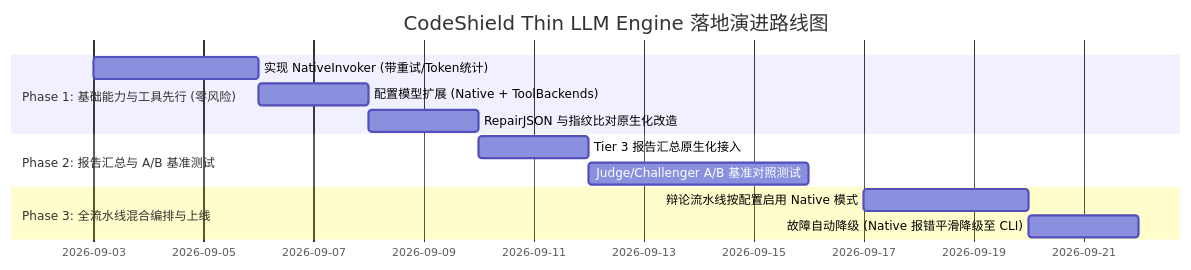
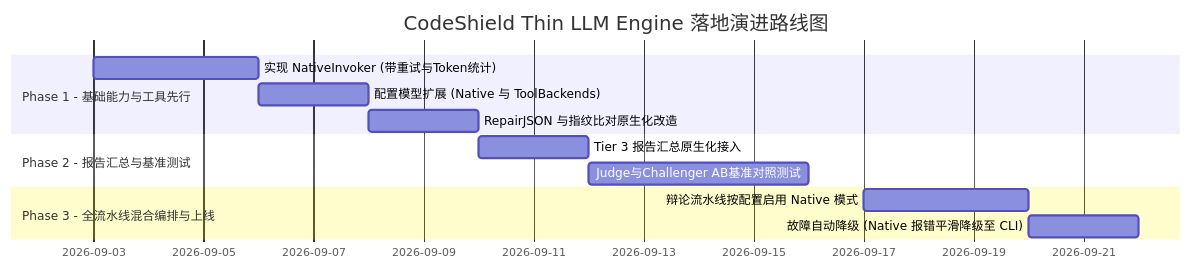
The fifth of 5 diagrams in docs/native-llm-architecture/01-CodeShield-原生LLM轻量执行引擎与混合调用架构设计.md (fugui/code-shield), drawn with Mermaid before and after one commit. The commit also changed other lines of this file, not shown here.

Commit message:
fix(docs): 修复设计文档中 Mermaid 图表节点特殊字符引发的语法解析错误

````diff
--- a/docs/native-llm-architecture/01-CodeShield-原生LLM轻量执行引擎与混合调用架构设计.md
+++ b/docs/native-llm-architecture/01-CodeShield-原生LLM轻量执行引擎与混合调用架构设计.md
@@ -540,15 +540,15 @@
 ```mermaid
 gantt
     title CodeShield Thin LLM Engine 落地演进路线图
     dateFormat  YYYY-MM-DD
-    section Phase 1: 基础能力与工具先行 (零风险)
-    实现 NativeInvoker (带重试/Token统计)   :p1_1, 2026-09-03, 3d
-    配置模型扩展 (Native + ToolBackends)   :p1_2, after p1_1, 2d
+    section Phase 1 - 基础能力与工具先行
+    实现 NativeInvoker (带重试与Token统计)   :p1_1, 2026-09-03, 3d
+    配置模型扩展 (Native 与 ToolBackends)  :p1_2, after p1_1, 2d
     RepairJSON 与指纹比对原生化改造        :p1_3, after p1_2, 2d
-    section Phase 2: 报告汇总与 A/B 基准测试
+    section Phase 2 - 报告汇总与基准测试
     Tier 3 报告汇总原生化接入              :p2_1, 2026-09-10, 2d
-    Judge/Challenger A/B 基准对照测试      :p2_2, after p2_1, 4d
-    section Phase 3: 全流水线混合编排与上线
+    Judge与Challenger AB基准对照测试       :p2_2, after p2_1, 4d
+    section Phase 3 - 全流水线混合编排与上线
     辩论流水线按配置启用 Native 模式       :p3_1, 2026-09-17, 3d
-    故障自动降级 (Native 报错平滑降级至 CLI):p3_2, after p3_1, 2d
+    故障自动降级 (Native 报错平滑降级至 CLI) :p3_2, after p3_1, 2d
 ```
````
